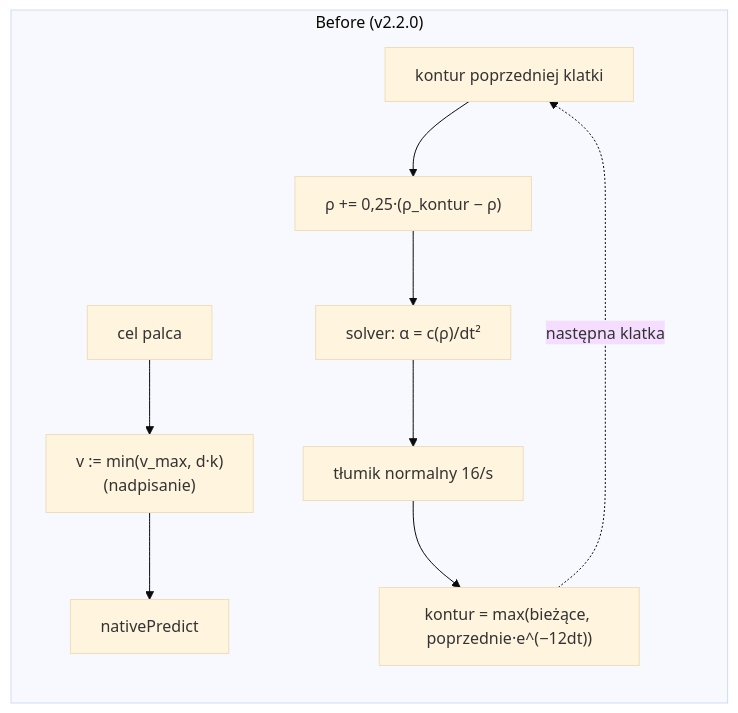
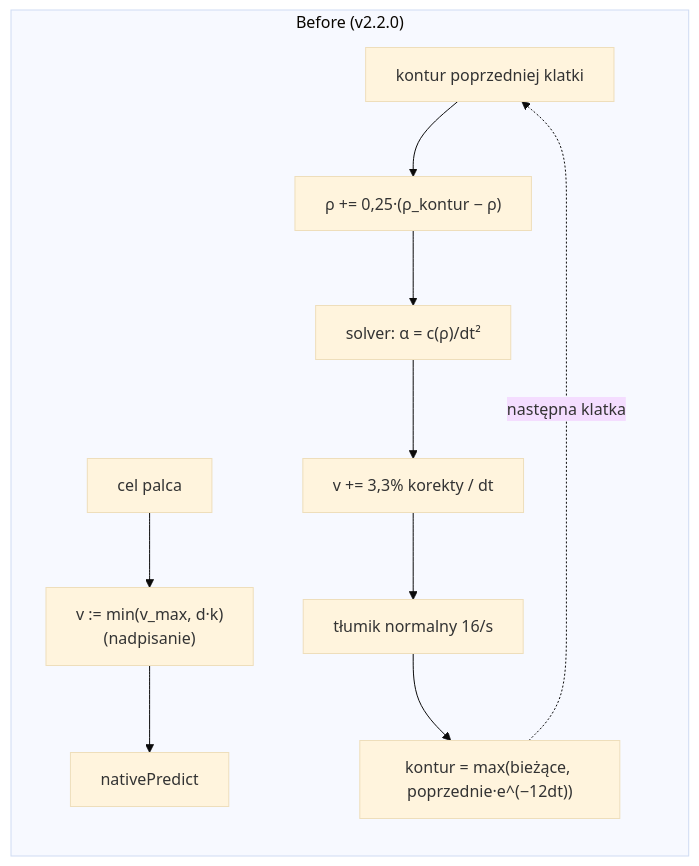
The first of 3 diagrams in docs/sdlc/changes/2026-11-19-engine-v2-3-0/change-design.md (MariuszAdamowicz/BubblePhysics), drawn with Mermaid (base theme) before and after one commit. The commit also changed other lines of this file, not shown here.

````diff
--- a/docs/sdlc/changes/2026-11-19-engine-v2-3-0/change-design.md
+++ b/docs/sdlc/changes/2026-11-19-engine-v2-3-0/change-design.md
@@ -37,9 +38,9 @@
 ```mermaid
 flowchart LR
   subgraph before["Before (v2.2.0)"]
     t1["cel palca"] --> v1["v := min(v_max, d·k)<br/>(nadpisanie)"] --> p1["nativePredict"]
     pc["kontur poprzedniej klatki"] --> r1["ρ += 0,25·(ρ_kontur − ρ)"] --> s1["solver: α = c(ρ)/dt²"]
-    s1 --> d1["tłumik normalny 16/s"] --> c1["kontur = max(bieżące, poprzednie·e^(−12dt))"]
+    s1 --> u1["v += 3,3% korekty / dt"] --> d1["tłumik normalny 16/s"] --> c1["kontur = max(bieżące, poprzednie·e^(−12dt))"]
     c1 -.następna klatka.-> pc
   end
 ```
````
